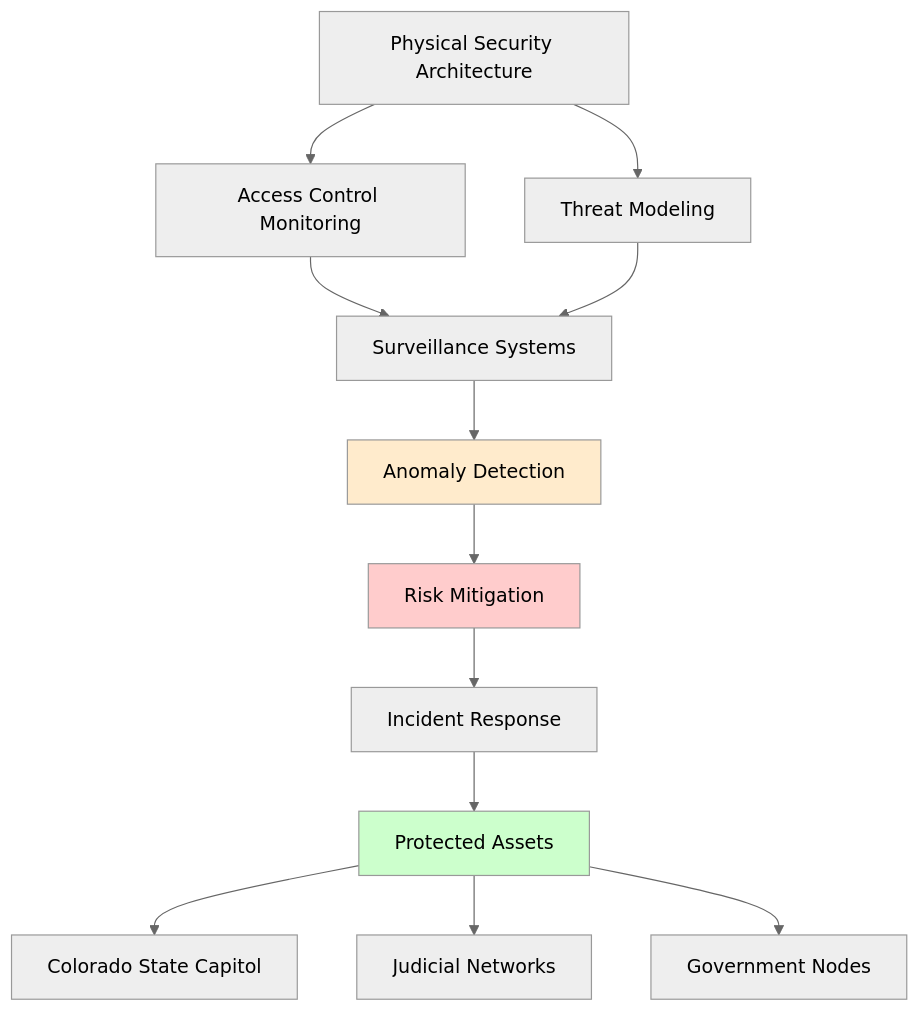
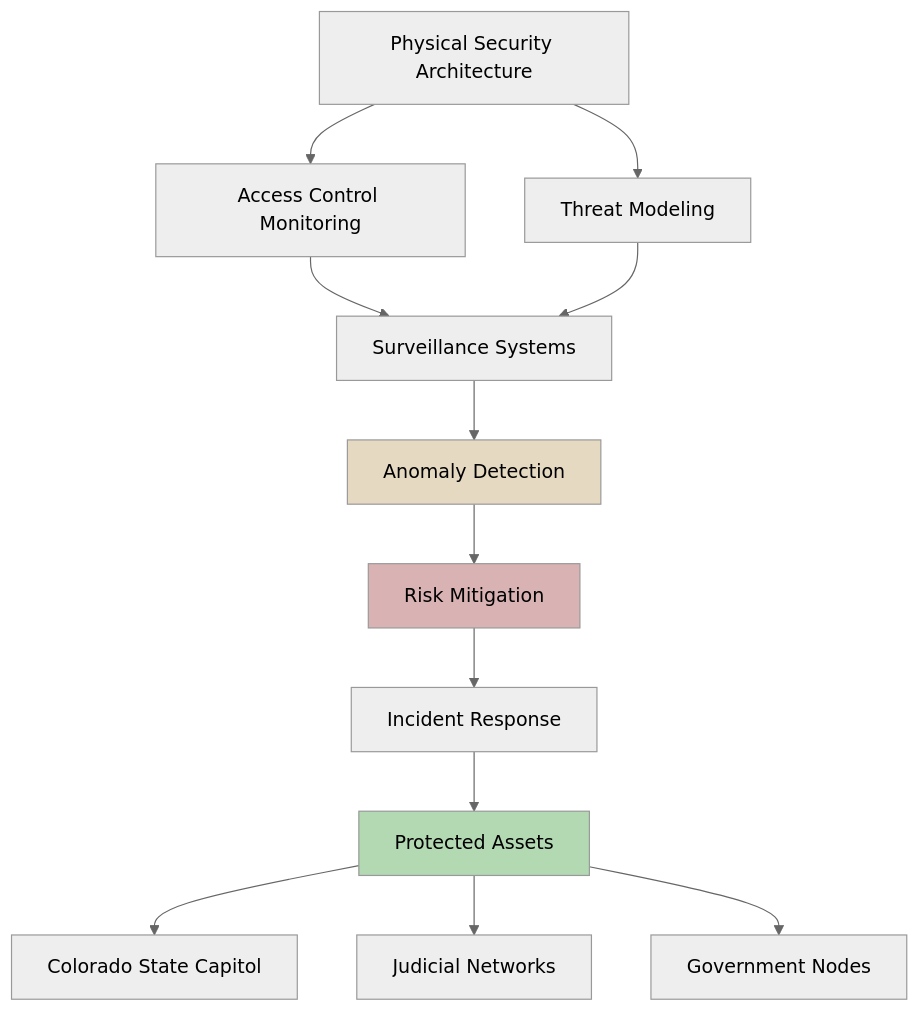
The fourth of 24 diagrams in README.md (Tim-Spurlin/RESUME-of-Timothy-Spurlin), drawn with Mermaid (neutral theme) before and after one commit. The commit also changed other lines of this file, not shown here.

Commit message:
Replace bright Mermaid diagram colors with muted professional tones

````diff
--- a/README.md
+++ b/README.md
@@ -175,20 +175,20 @@
 ```mermaid
 graph TD
     A[Physical Security Architecture] --> B[Access Control Monitoring]
     A --> C[Threat Modeling]
     B --> D[Surveillance Systems]
     C --> D
     D --> E[Anomaly Detection]
     E --> F[Risk Mitigation]
     F --> G[Incident Response]
     
     H[Protected Assets] --> I[Colorado State Capitol]
     H --> J[Judicial Networks]
     H --> K[Government Nodes]
     
     G --> H
     
-    style E fill:#ffebcc
-    style F fill:#ffcccc
-    style H fill:#ccffcc
+    style E fill:#e6d9c2
+    style F fill:#d9b3b3
+    style H fill:#b3d9b3
 ```
````
